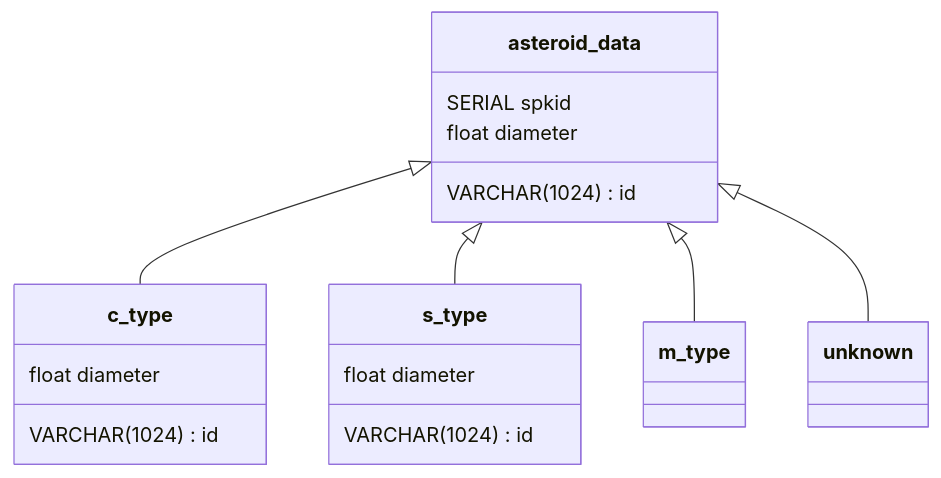
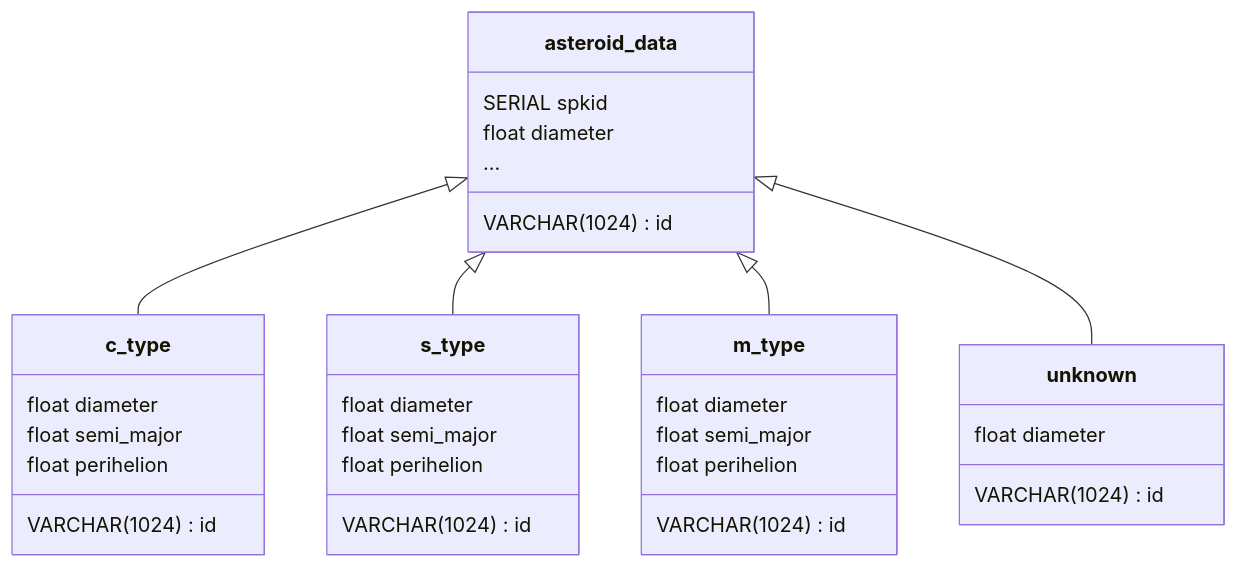
The diagram in README.md (jmcbee-dev/AsteroidMining), drawn with Mermaid before and after one commit.

````diff
--- a/README.md
+++ b/README.md
@@ -13,20 +13,35 @@
 ```mermaid
 classDiagram
 asteroid_data <|-- c_type
 asteroid_data <|-- s_type
 asteroid_data <|-- m_type
 asteroid_data <|-- unknown 
 class asteroid_data {
   VARCHAR(1024) id
   SERIAL spkid
   float diameter
+  ...
 }
 class c_type {
   VARCHAR(1024) id
   float diameter
+  float semi_major
+  float perihelion
 }
 class s_type {
   VARCHAR(1024) id
   float diameter
+  float semi_major
+  float perihelion
+}
+class m_type {
+  VARCHAR(1024) id
+  float diameter
+  float semi_major
+  float perihelion
+}
+class unknown {
+  VARCHAR(1024) id
+  float diameter
 }
 ```
````
